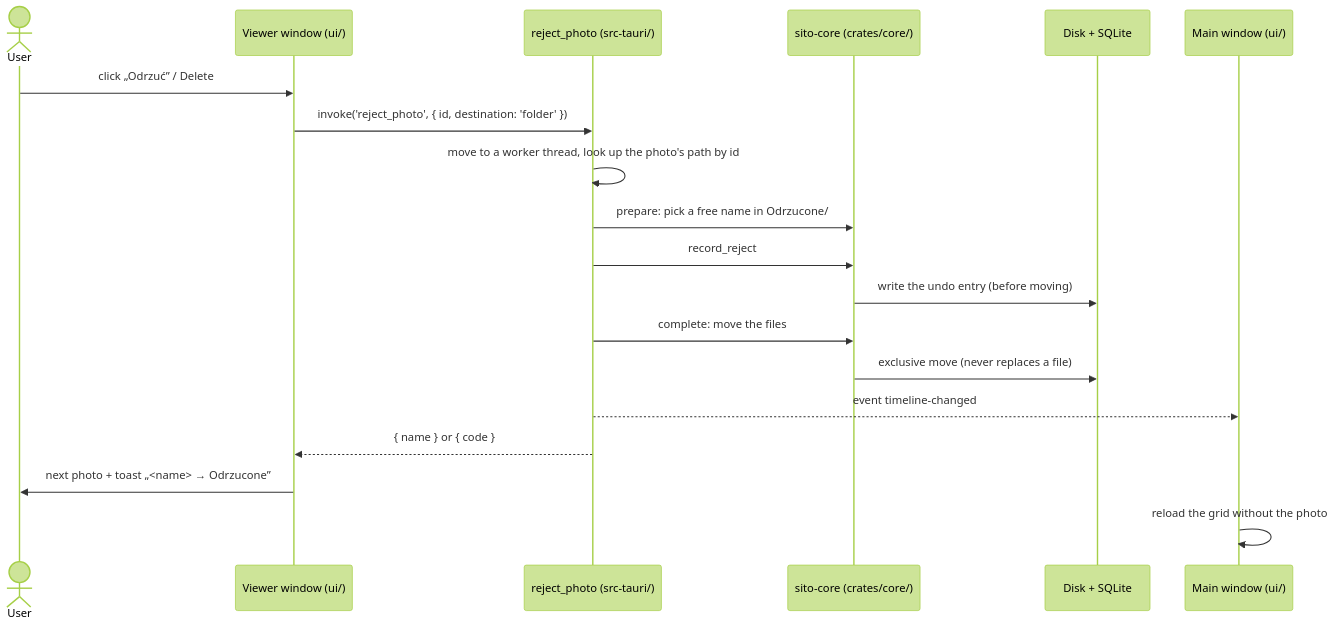
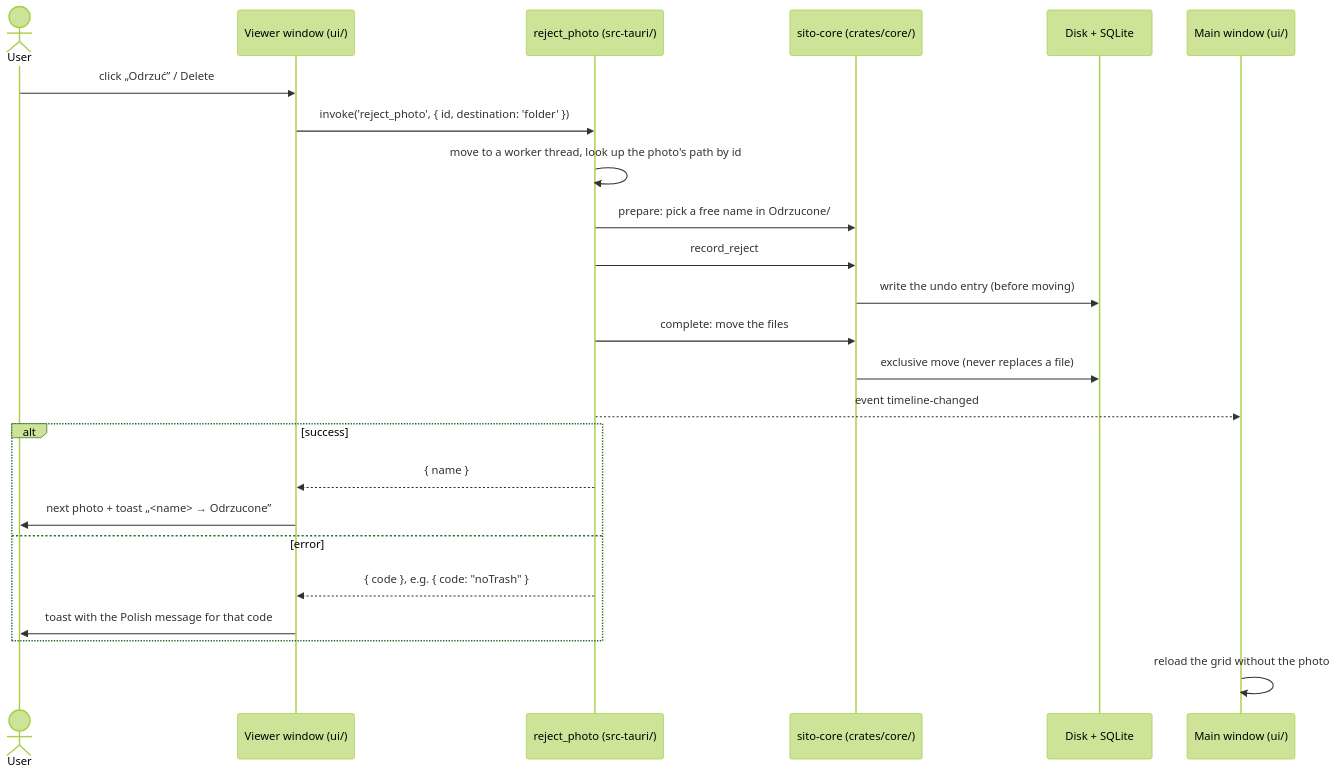
One commit to lukaszkalnik/sito changed the second of 2 diagrams in docs/ARCHITECTURE.md. Above: the diagram before and after it, drawn with Mermaid (forest theme).

Commit message:
docs: show success and error answers apart in the reject journey

````diff
--- a/docs/ARCHITECTURE.md
+++ b/docs/ARCHITECTURE.md
@@ -83,22 +83,27 @@
 ```mermaid
 sequenceDiagram
     actor User
     participant UI as Viewer window (ui/)
     participant Cmd as reject_photo (src-tauri/)
     participant Core as sito-core (crates/core/)
     participant Disk as Disk + SQLite
     participant Main as Main window (ui/)
 
     User->>UI: click „Odrzuć” / Delete
     UI->>Cmd: invoke('reject_photo', { id, destination: 'folder' })
     Cmd->>Cmd: move to a worker thread, look up the photo's path by id
     Cmd->>Core: prepare: pick a free name in Odrzucone/
     Cmd->>Core: record_reject
     Core->>Disk: write the undo entry (before moving)
     Cmd->>Core: complete: move the files
     Core->>Disk: exclusive move (never replaces a file)
     Cmd-->>Main: event timeline-changed
-    Cmd-->>UI: { name } or { code }
-    UI->>User: next photo + toast „<name> → Odrzucone”
+    alt success
+        Cmd-->>UI: { name }
+        UI->>User: next photo + toast „<name> → Odrzucone”
+    else error
+        Cmd-->>UI: { code }, e.g. { code: "noTrash" }
+        UI->>User: toast with the Polish message for that code
+    end
     Main->>Main: reload the grid without the photo
 ```
````
